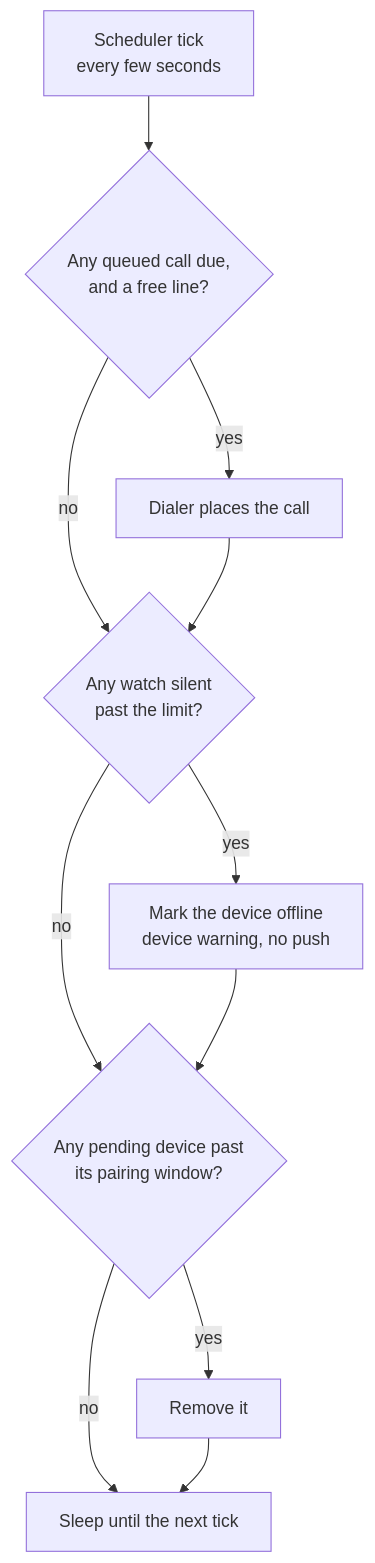
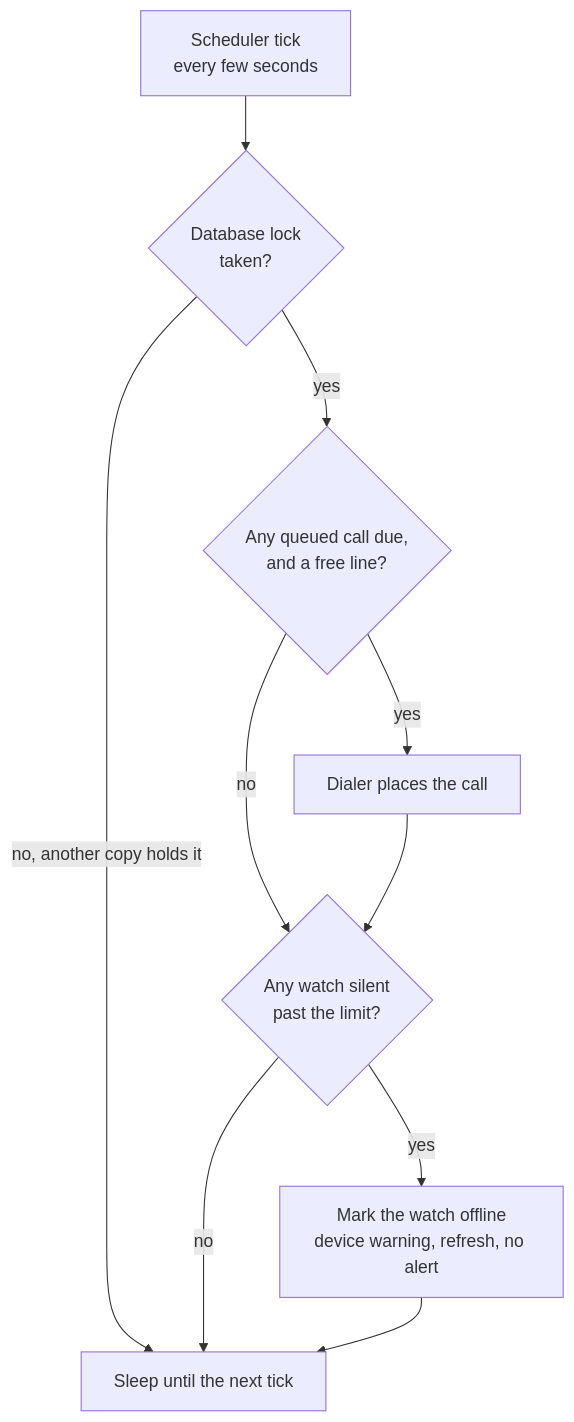
Before and after one commit to paulhondola/EchoCare: the diagram in docs/specs/sentinela/06-operations.md, drawn with Mermaid. The commit also changed other lines of this file and 6 other files, not shown here.

First line of the commit message:
Revise Sentinela MVP architecture and rules

````diff
--- a/docs/specs/sentinela/06-operations.md
+++ b/docs/specs/sentinela/06-operations.md
@@ -30,13 +38,12 @@
 ```mermaid
 flowchart TD
-    TICK["Scheduler tick<br/>every few seconds"] --> DUE{"Any queued call due,<br/>and a free line?"}
+    TICK["Scheduler tick<br/>every few seconds"] --> LOCK{"Database lock<br/>taken?"}
+    LOCK -->|"no, another copy holds it"| SLEEP["Sleep until the next tick"]
+    LOCK -->|yes| DUE{"Any queued call due,<br/>and a free line?"}
     DUE -->|yes| PLACE["Dialer places the call"]
     DUE -->|no| WD
     PLACE --> WD{"Any watch silent<br/>past the limit?"}
-    WD -->|yes| OFF["Mark the device offline<br/>device warning, no push"]
-    WD -->|no| PEND
-    OFF --> PEND{"Any pending device past<br/>its pairing window?"}
-    PEND -->|yes| CLEAN["Remove it"]
-    PEND -->|no| SLEEP["Sleep until the next tick"]
-    CLEAN --> SLEEP
+    WD -->|yes| OFF["Mark the watch offline<br/>device warning, refresh, no alert"]
+    WD -->|no| SLEEP
+    OFF --> SLEEP
 ```
````
